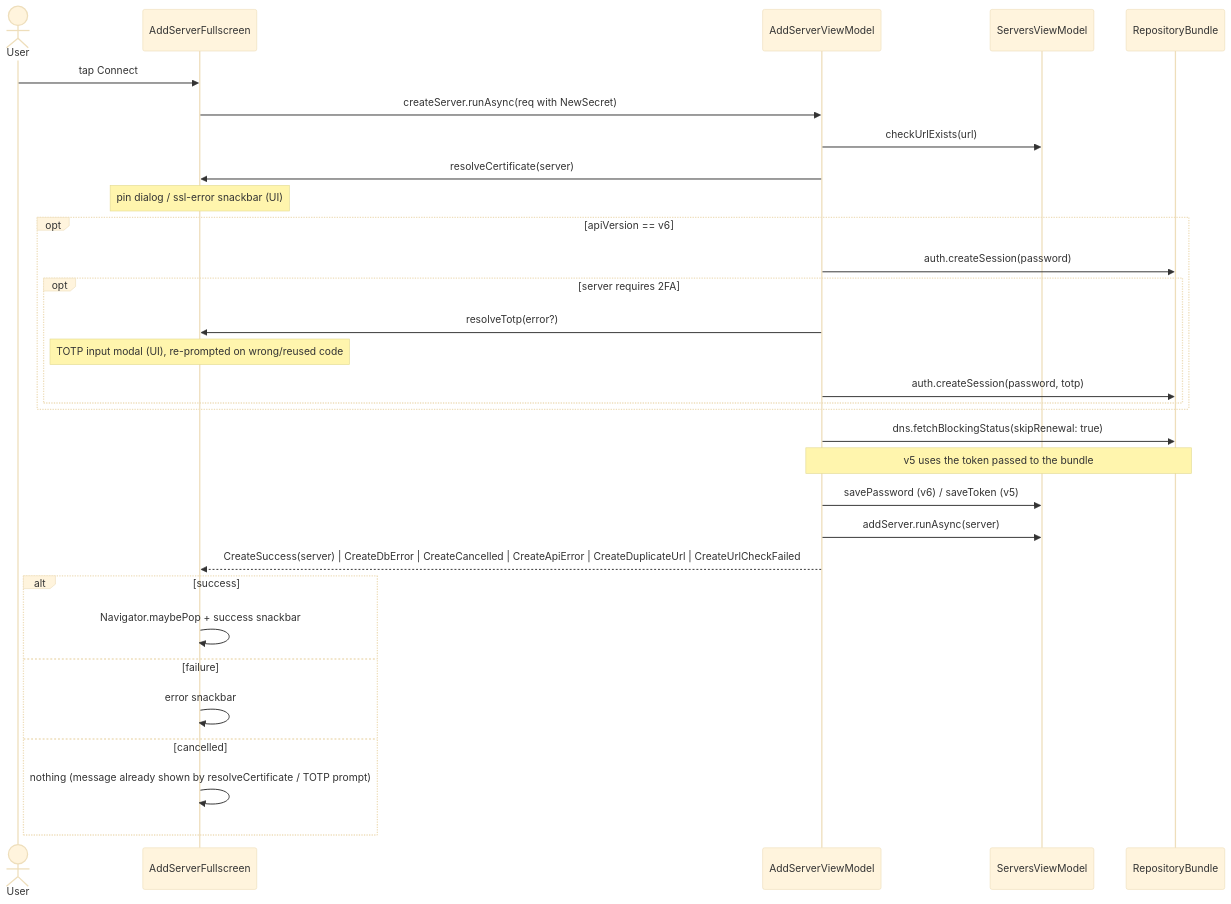
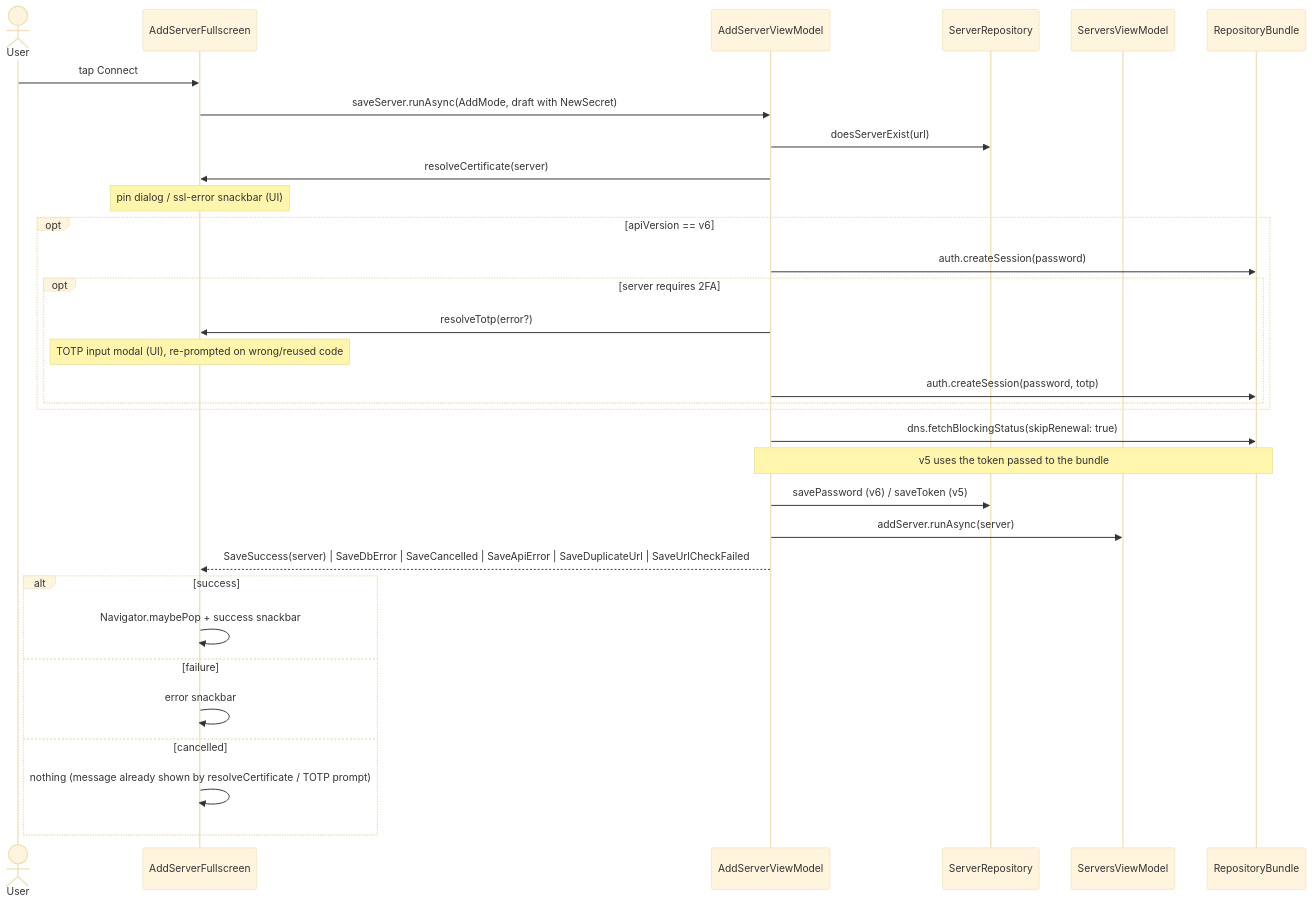
Before and after one commit to tsutsu3/pi-hole-client: the seventh of 8 diagrams in docs/server-connection-flow.md, drawn with Mermaid (base theme). The commit also changed other lines of this file and 11 other files, not shown here.

````diff
--- a/docs/server-connection-flow.md
+++ b/docs/server-connection-flow.md
@@ -270,34 +271,35 @@
 ```mermaid
 sequenceDiagram
   actor U as User
   participant W as AddServerFullscreen
   participant VM as AddServerViewModel
+  participant SR as ServerRepository
   participant SV as ServersViewModel
   participant B as RepositoryBundle
 
   U->>W: tap Connect
-  W->>VM: createServer.runAsync(req with NewSecret)
-  VM->>SV: checkUrlExists(url)
+  W->>VM: saveServer.runAsync(AddMode, draft with NewSecret)
+  VM->>SR: doesServerExist(url)
   VM->>W: resolveCertificate(server)
   Note over W: pin dialog / ssl-error snackbar (UI)
   opt apiVersion == v6
     VM->>B: auth.createSession(password)
     opt server requires 2FA
       VM->>W: resolveTotp(error?)
       Note over W: TOTP input modal (UI), re-prompted on wrong/reused code
       VM->>B: auth.createSession(password, totp)
     end
   end
   VM->>B: dns.fetchBlockingStatus(skipRenewal: true)
   Note over VM,B: v5 uses the token passed to the bundle
-  VM->>SV: savePassword (v6) / saveToken (v5)
+  VM->>SR: savePassword (v6) / saveToken (v5)
   VM->>SV: addServer.runAsync(server)
-  VM-->>W: CreateSuccess(server) | CreateDbError | CreateCancelled | CreateApiError | CreateDuplicateUrl | CreateUrlCheckFailed
+  VM-->>W: SaveSuccess(server) | SaveDbError | SaveCancelled | SaveApiError | SaveDuplicateUrl | SaveUrlCheckFailed
   alt success
     W->>W: Navigator.maybePop + success snackbar
   else failure
     W->>W: error snackbar
   else cancelled
     W->>W: nothing (message already shown by resolveCertificate / TOTP prompt)
   end
 ```
````
